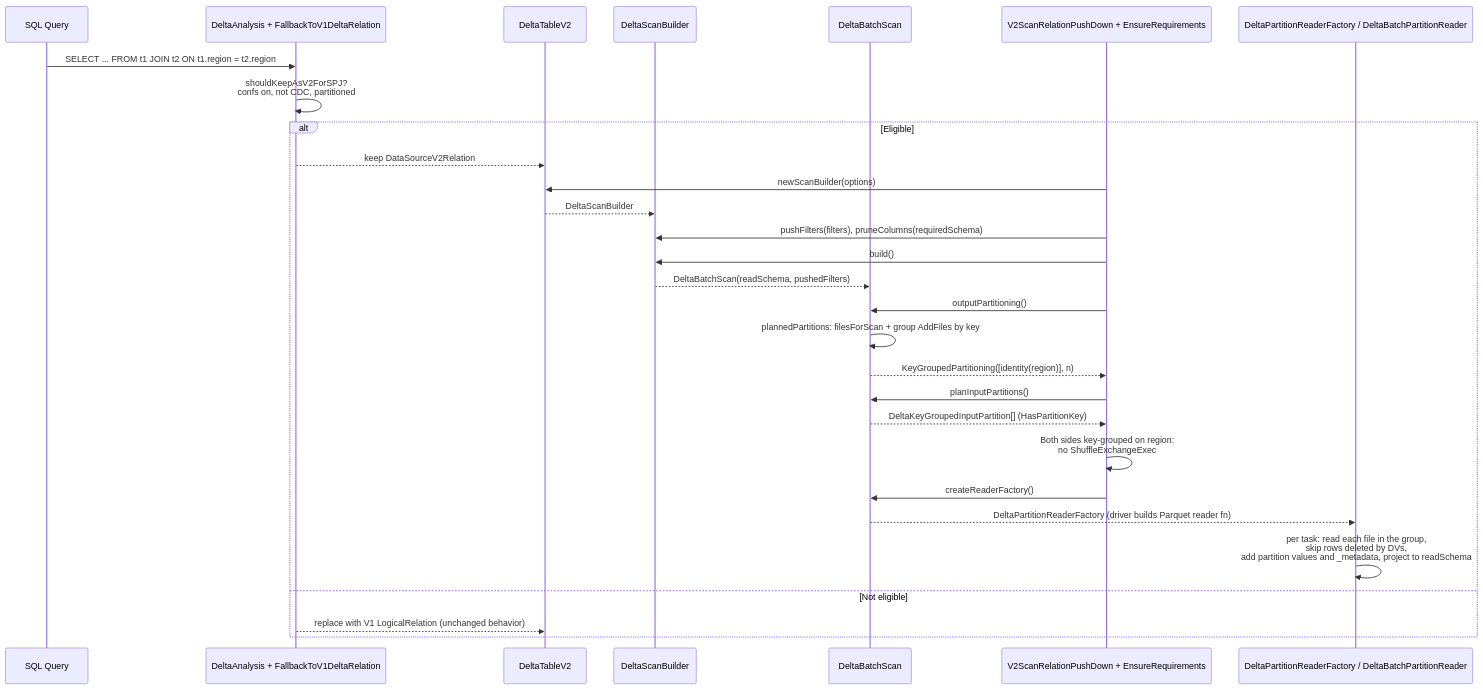
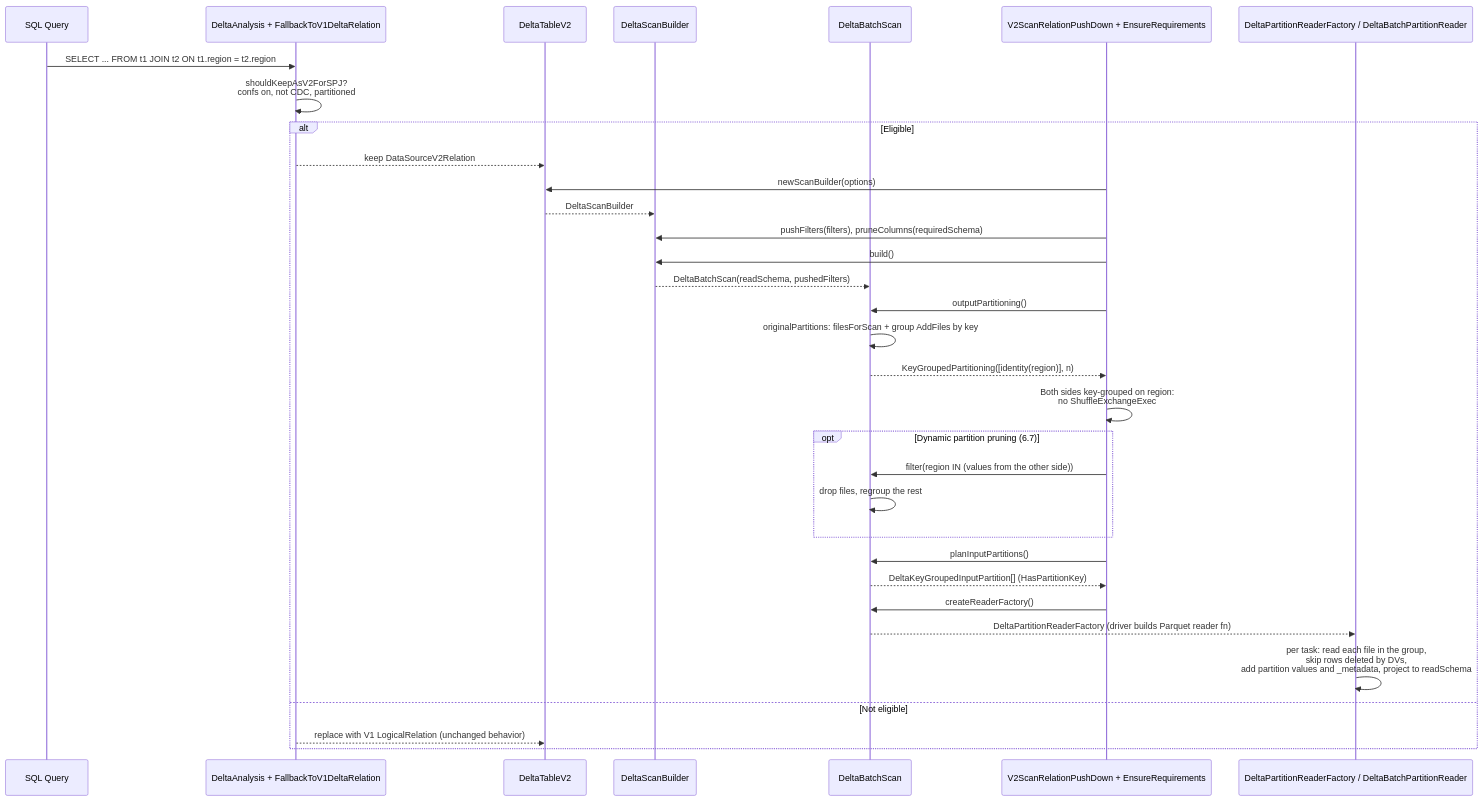
The first of 2 diagrams in STORAGE_PARTITIONED_JOIN.md (warrenzhu25/delta), drawn with Mermaid before and after one commit. The commit also changed other lines of this file and 2 other files, not shown here.

First line of the commit message:
[Spark] Storage-Partitioned Join: dynamic partition pruning for the V2 scan

````diff
--- a/STORAGE_PARTITIONED_JOIN.md
+++ b/STORAGE_PARTITIONED_JOIN.md
@@ -120,32 +122,36 @@
 ```mermaid
 sequenceDiagram
     participant User as SQL Query
     participant Analysis as DeltaAnalysis + FallbackToV1DeltaRelation
     participant TableV2 as DeltaTableV2
     participant Builder as DeltaScanBuilder
     participant Scan as DeltaBatchScan
     participant Planner as V2ScanRelationPushDown + EnsureRequirements
     participant Exec as DeltaPartitionReaderFactory / DeltaBatchPartitionReader
 
     User->>Analysis: SELECT ... FROM t1 JOIN t2 ON t1.region = t2.region
     Analysis->>Analysis: shouldKeepAsV2ForSPJ?<br/>confs on, not CDC, partitioned
     alt Eligible
         Analysis-->>TableV2: keep DataSourceV2Relation
         Planner->>TableV2: newScanBuilder(options)
         TableV2-->>Builder: DeltaScanBuilder
         Planner->>Builder: pushFilters(filters), pruneColumns(requiredSchema)
         Planner->>Builder: build()
         Builder-->>Scan: DeltaBatchScan(readSchema, pushedFilters)
         Planner->>Scan: outputPartitioning()
-        Scan->>Scan: plannedPartitions: filesForScan + group AddFiles by key
+        Scan->>Scan: originalPartitions: filesForScan + group AddFiles by key
         Scan-->>Planner: KeyGroupedPartitioning([identity(region)], n)
+        Planner->>Planner: Both sides key-grouped on region:<br/>no ShuffleExchangeExec
+        opt Dynamic partition pruning (6.7)
+            Planner->>Scan: filter(region IN (values from the other side))
+            Scan->>Scan: drop files, regroup the rest
+        end
         Planner->>Scan: planInputPartitions()
         Scan-->>Planner: DeltaKeyGroupedInputPartition[] (HasPartitionKey)
-        Planner->>Planner: Both sides key-grouped on region:<br/>no ShuffleExchangeExec
         Planner->>Scan: createReaderFactory()
         Scan-->>Exec: DeltaPartitionReaderFactory (driver builds Parquet reader fn)
         Exec->>Exec: per task: read each file in the group,<br/>skip rows deleted by DVs,<br/>add partition values and _metadata, project to readSchema
     else Not eligible
         Analysis-->>TableV2: replace with V1 LogicalRelation (unchanged behavior)
     end
 ```
````
